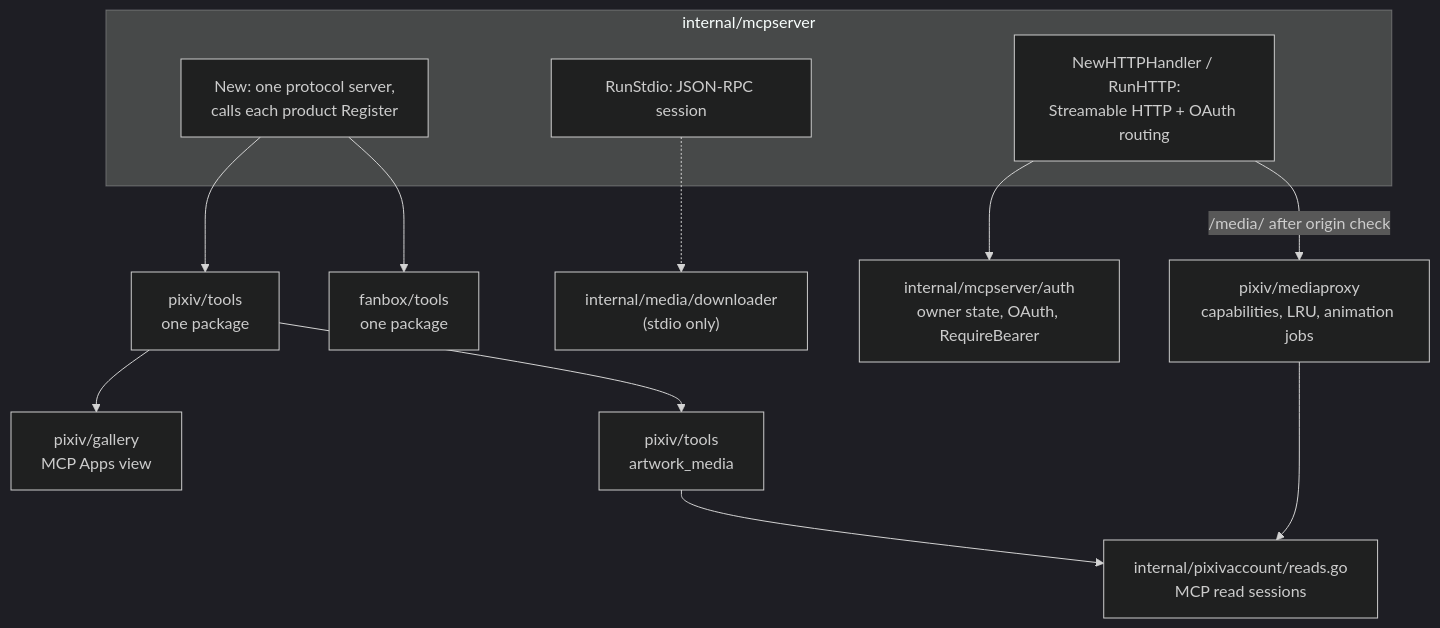
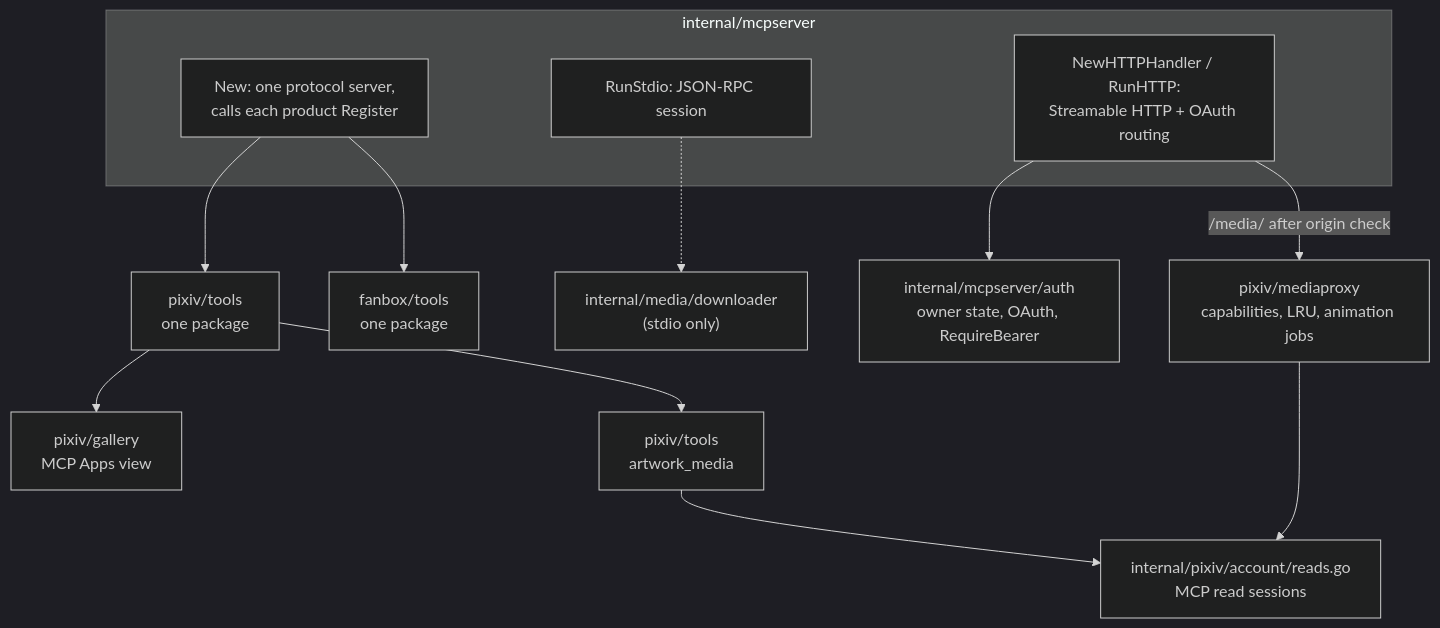
Before and after one commit to FlanChanXwO/pixiv-cli: the first of 2 diagrams in docs/en/maintainers/architecture-mcp.md, drawn with Mermaid (dark theme). The commit also changed other lines of this file and 204 other files, not shown here.

````diff
--- a/docs/en/maintainers/architecture-mcp.md
+++ b/docs/en/maintainers/architecture-mcp.md
@@ -7,22 +7,22 @@
 ```mermaid
 flowchart TB
     subgraph root["internal/mcpserver"]
         NEW["New: one protocol server,<br/>calls each product Register"]
         STDIO["RunStdio: JSON-RPC session"]
         HTTP["NewHTTPHandler / RunHTTP:<br/>Streamable HTTP + OAuth routing"]
     end
     AUTH["internal/mcpserver/auth<br/>owner state, OAuth, RequireBearer"]
     PX["pixiv/tools<br/>one package"]
     FB["fanbox/tools<br/>one package"]
     GAL["pixiv/gallery<br/>MCP Apps view"]
     MP["pixiv/mediaproxy<br/>capabilities, LRU, animation jobs"]
     AM["pixiv/tools<br/>artwork_media"]
-    RS["internal/pixivaccount/reads.go<br/>MCP read sessions"]
+    RS["internal/pixiv/account/reads.go<br/>MCP read sessions"]
     DL["internal/media/downloader<br/>(stdio only)"]
     NEW --> PX & FB
     HTTP --> AUTH
     HTTP -->|"/media/ after origin check"| MP
     PX --> GAL & AM
     AM & MP --> RS
     STDIO -.-> DL
 ```
````
